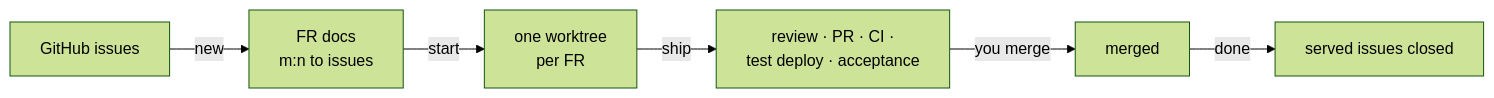
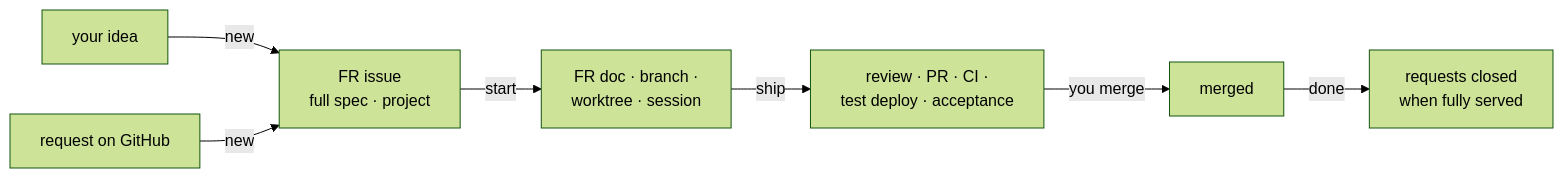
Before and after one commit to bmoers/claude-fr-workflow: the diagram in README.md, drawn with Mermaid (forest theme). The commit also changed other lines of this file and 25 other files, not shown here.

````diff
--- a/README.md
+++ b/README.md
@@ -7,8 +7,9 @@
 ```mermaid
 flowchart LR
-  I["GitHub issues"] -->|"new"| O["FR docs<br/>m:n to issues"]
-  O -->|"start"| P["one worktree<br/>per FR"]
-  P -->|"ship"| R["review · PR · CI ·<br/>test deploy · acceptance"]
-  R -->|"you merge"| M["merged"]
-  M -->|"done"| C["served issues closed"]
+  A["your idea"] -->|"new"| F["FR issue<br/>full spec · project"]
+  R["request on GitHub"] -->|"new"| F
+  F -->|"start"| P["FR doc · branch ·<br/>worktree · session"]
+  P -->|"ship"| S["review · PR · CI ·<br/>test deploy · acceptance"]
+  S -->|"you merge"| M["merged"]
+  M -->|"done"| C["requests closed<br/>when fully served"]
 ```
````
